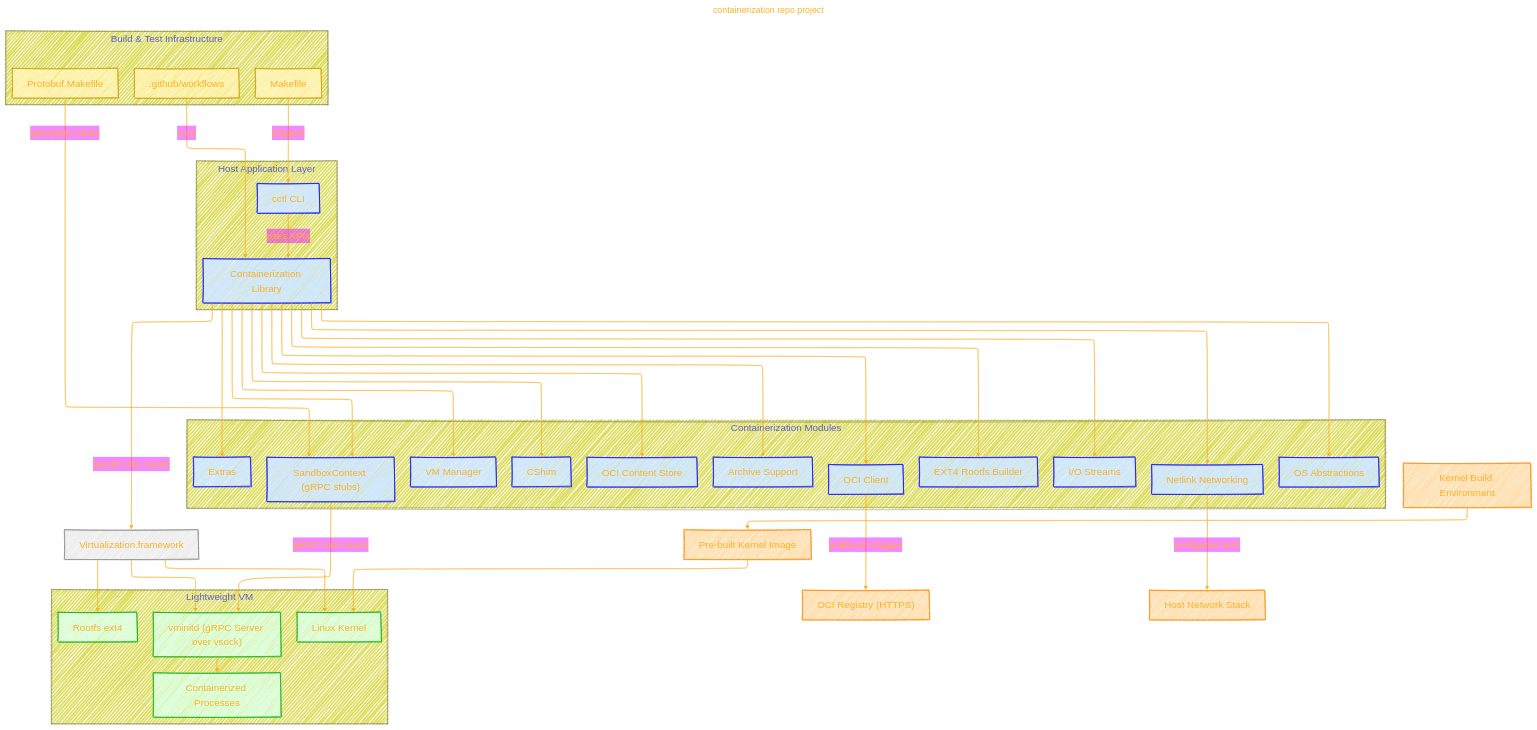
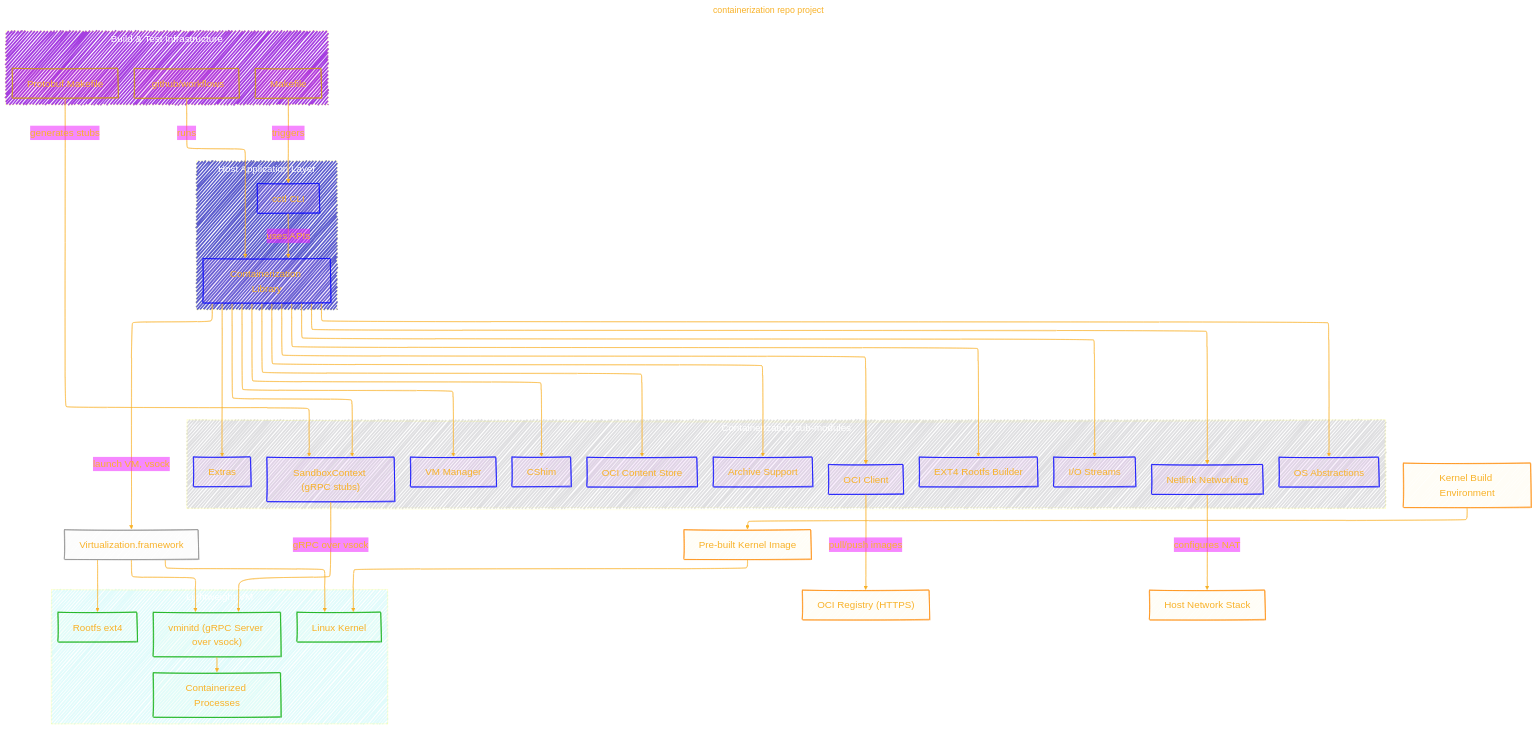
The first of 2 diagrams in APPLE/containerization.md (CongLeSolutionX/ArchExplorer), drawn with Mermaid before and after one commit. The commit also changed other lines of this file, not shown here.

Commit message:
update notes

````diff
--- a/APPLE/containerization.md
+++ b/APPLE/containerization.md
@@ -56,17 +65,17 @@
   }
 }%%
 flowchart TB
-    %% Host Application Layer
-    subgraph "Host Application Layer"
-        direction TB
+    subgraph Host_Application_Layer["Host Application Layer"]
+    style Host_Application_Layer fill:#22BB,stroke:#FF22, color: #FFFF
+      direction TB
         cctl["cctl CLI"]:::host
         Containerization["Containerization Library"]:::host
     end
 
     cctl -->|uses APIs| Containerization
 
-    %% Containerization sub-modules
-    subgraph "Containerization Modules"
+    subgraph Containerization_Modules["Containerization sub-modules"]
+    style Containerization_Modules fill:#1122,stroke:#FF22, color: #FFFF
         direction TB
         OCIClient["OCI Client"]:::host
         OCIContent["OCI Content Store"]:::host
@@ -106,8 +115,9 @@
     Containerization -->|launch VM, vsock| VZFW
 
     %% VM Side
-    subgraph "Lightweight VM" 
-        direction TB
+    subgraph Lightweight_VM["Lightweight VM"]
+    style Lightweight_VM fill:#2DD2,stroke:#FF22, color: #FFFF
+    direction TB
         LinuxKernel["Linux Kernel"]:::vmintern
         Rootfs["Rootfs ext4"]:::vmintern
         vminitd["vminitd (gRPC Server over vsock)"]:::vmintern
@@ -129,8 +139,9 @@
     PrebuiltKernel --> LinuxKernel
 
     %% Build & CI
-    subgraph "Build & Test Infrastructure"
-        direction TB
+    subgraph Build_and_Test_Infrastructure["Build & Test Infrastructure"]
+    style Build_and_Test_Infrastructure fill:#92DD,stroke:#FF22, color: #FFFF
+    direction TB
         MakefileNode["Makefile"]:::ci
         GitHubActions[".github/workflows"]:::ci
         ProtoMake["Protobuf.Makefile"]:::ci
@@ -166,9 +177,9 @@
     click ProtoMake "https://github.com/apple/containerization/blob/main/Protobuf.Makefile"
 
     %% Styles
-    classDef host fill:#D0E8FF,stroke:#0000FF
-    classDef virt fill:#EEEEEE,stroke:#888888
-    classDef vmintern fill:#DDFFDD,stroke:#00AA00
-    classDef ext fill:#FFE0B2,stroke:#FF8800
-    classDef ci fill:#FFF3B0,stroke:#CC9900
+    classDef host fill:#D8F2,stroke:#0000FF
+    classDef virt fill:#EEE3,stroke:#888888
+    classDef vmintern fill:#DFD2,stroke:#00AA00
+    classDef ext fill:#FEB2,stroke:#FF8800
+    classDef ci fill:#F3B2,stroke:#CC9900
 ```
````
